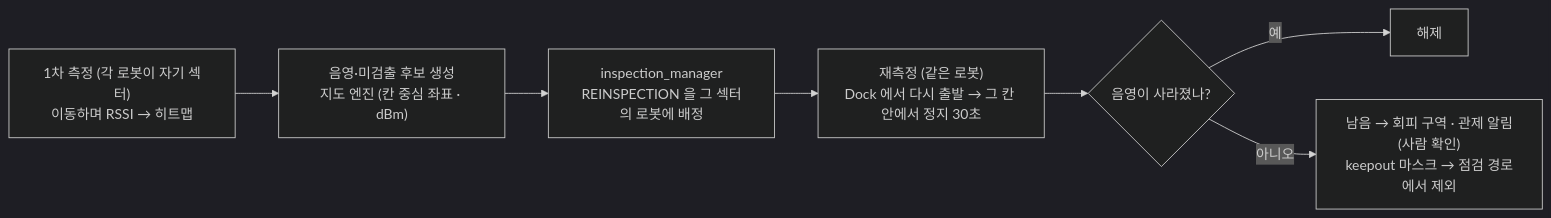
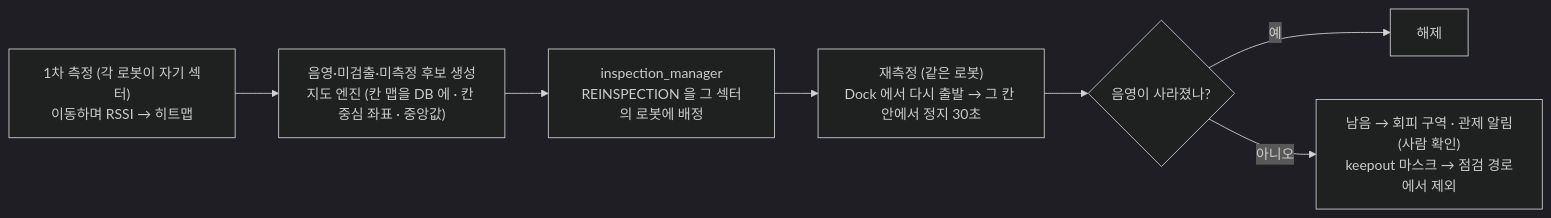
The second of 4 diagrams in docs/deliverables/process_flow.md (HJAE99/B_0102_Final_Project-archive), drawn with Mermaid (dark theme) before and after one commit. The commit also changed other lines of this file and 10 other files, not shown here.

````diff
--- a/docs/deliverables/process_flow.md
+++ b/docs/deliverables/process_flow.md
@@ -49,9 +49,9 @@
 ```mermaid
 flowchart LR
-  A["1차 측정 (각 로봇이 자기 섹터)<br>이동하며 RSSI → 히트맵"] --> B["음영·미검출 후보 생성<br>지도 엔진 (칸 중심 좌표 · dBm)"]
+  A["1차 측정 (각 로봇이 자기 섹터)<br>이동하며 RSSI → 히트맵"] --> B["음영·미검출·미측정 후보 생성<br>지도 엔진 (칸 맵을 DB 에 · 칸 중심 좌표 · 중앙값)"]
   B --> C["inspection_manager<br>REINSPECTION 을 그 섹터의 로봇에 배정"]
   C --> D["재측정 (같은 로봇)<br>Dock 에서 다시 출발 → 그 칸 안에서 정지 30초"]
   D --> G{"음영이 사라졌나?"}
   G -- 예 --> H["해제"]
   G -- 아니오 --> K["남음 → 회피 구역 · 관제 알림(사람 확인)<br>keepout 마스크 → 점검 경로에서 제외"]
 ```
````
